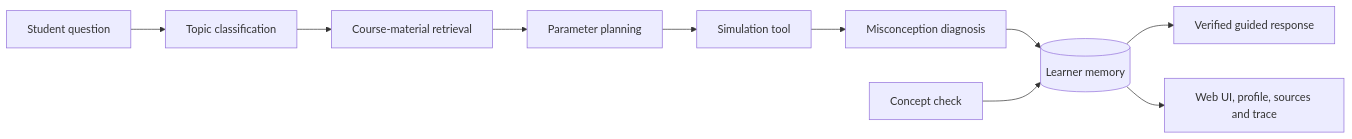
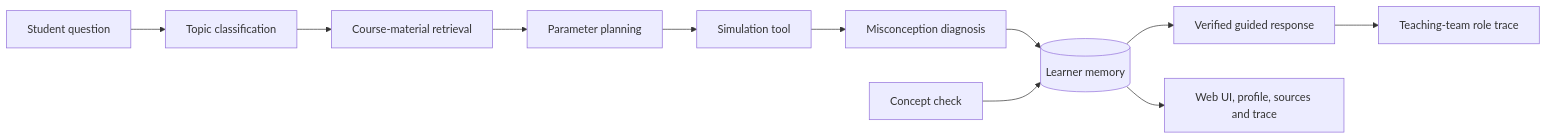
Before and after one commit to JW35711/ai-tutor-for-stochastic-processes: the diagram in README.md, drawn with Mermaid. The commit also changed other lines of this file and 10 other files, not shown here.

Commit message:
Expose teaching team roles and review cadence

````diff
--- a/README.md
+++ b/README.md
@@ -102,12 +102,13 @@
 ```mermaid
 flowchart LR
     U[Student question] --> C[Topic classification]
     C --> R[Course-material retrieval]
     R --> P[Parameter planning]
     P --> T[Simulation tool]
     T --> D[Misconception diagnosis]
     D --> M[(Learner memory)]
     QZ[Concept check] --> M
     M --> E[Verified guided response]
+    E --> A[Teaching-team role trace]
     M --> UI[Web UI, profile, sources and trace]
 ```
````
